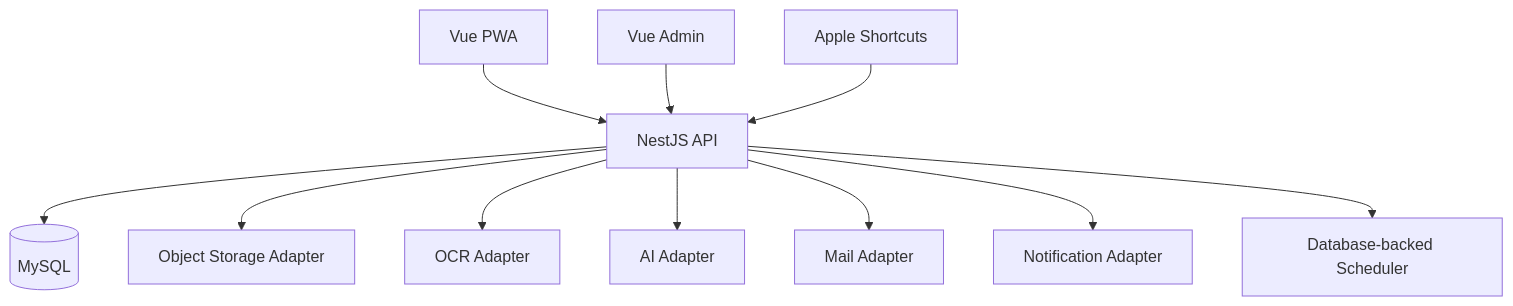
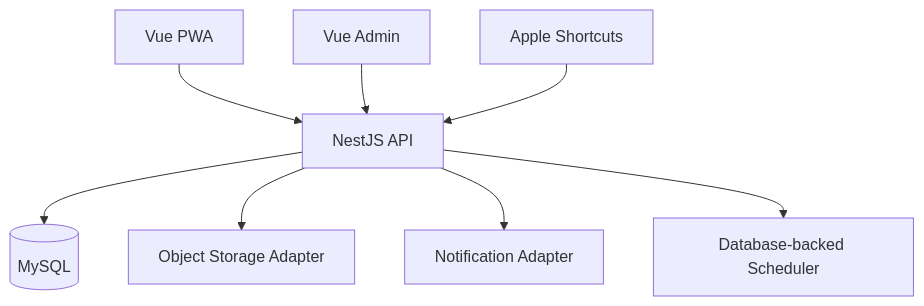
One commit to Dada-sys101/richangzhushou changed the diagram in docs/07-technical-architecture-and-security.md. Above: the diagram before and after it, drawn with Mermaid. The commit also changed other lines of this file and 95 other files, not shown here.

````diff
--- a/docs/07-technical-architecture-and-security.md
+++ b/docs/07-technical-architecture-and-security.md
@@ -20,13 +20,10 @@
 ```mermaid
 flowchart TB
     WEB[Vue PWA] --> API[NestJS API]
     ADMIN[Vue Admin] --> API
     SC[Apple Shortcuts] --> API
     API --> DB[(MySQL)]
     API --> OBJ[Object Storage Adapter]
-    API --> OCR[OCR Adapter]
-    API --> AI[AI Adapter]
-    API --> MAIL[Mail Adapter]
     API --> NOTIFY[Notification Adapter]
     API --> JOB[Database-backed Scheduler]
 ```
````
